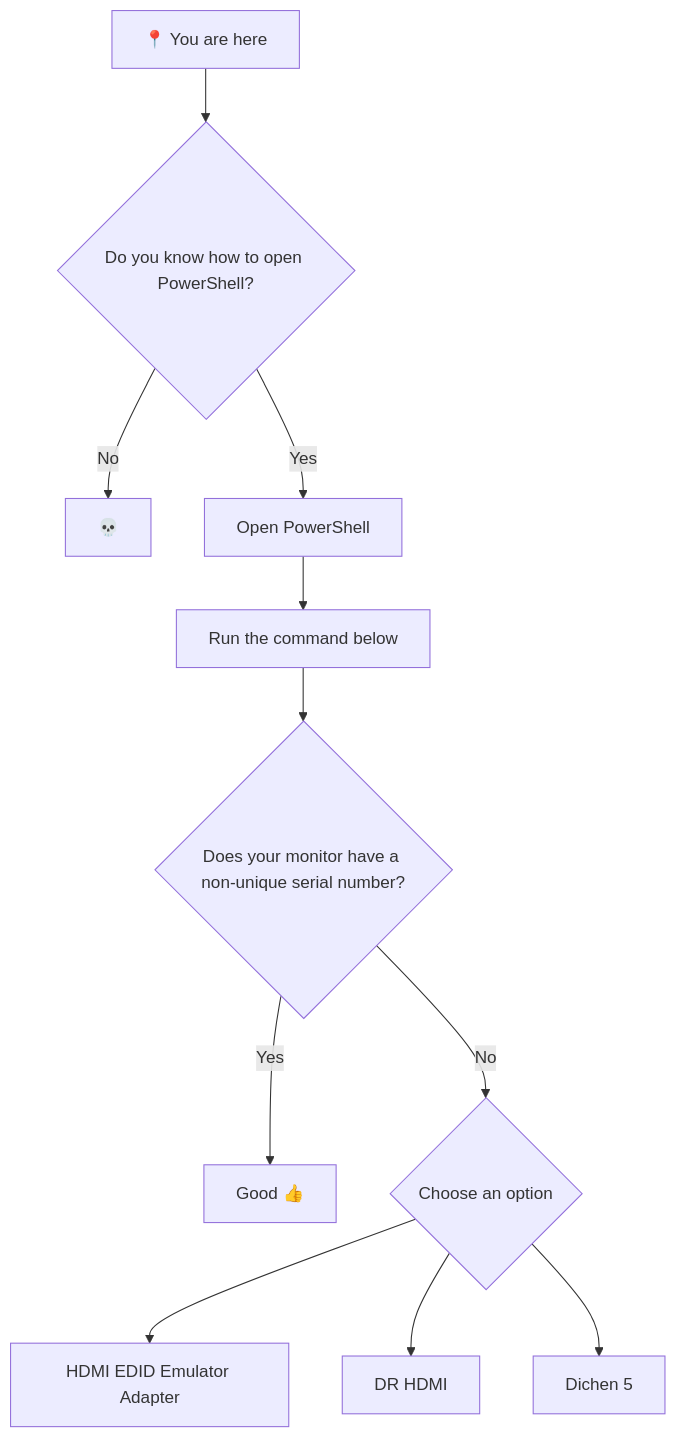
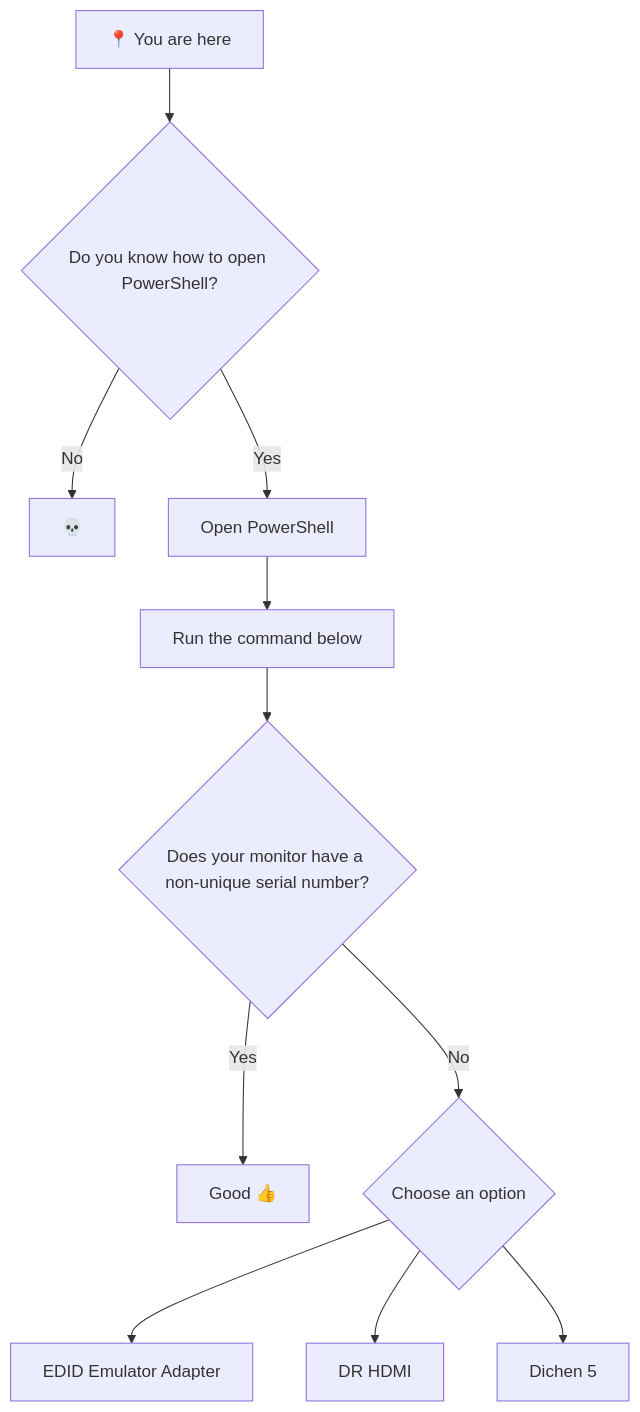
Before and after one commit to GoofyNest/HardwareSpoofing: the seventh of 7 diagrams in introduction/spoof-order.md, drawn with Mermaid. The commit also changed other lines of this file, not shown here.

````diff
--- a/introduction/spoof-order.md
+++ b/introduction/spoof-order.md
@@ -164,22 +190,22 @@
 ```mermaid
 flowchart TD
     A["📍 You are here"] --> B{"Do you know how to open PowerShell?"}
 
     B -->|No| C["💀"]
     B -->|Yes| D["Open PowerShell"]
 
     D --> E["Run the command below"]
 
     E --> F{"Does your monitor have a non-unique serial number?"}
 
     F -->|Yes| G["Good 👍"]
     F -->|No| H{"Choose an option"}
 
-    H --> I["HDMI EDID Emulator Adapter"]
+    H --> I["EDID Emulator Adapter"]
     H --> J["DR HDMI"]
     H --> K["Dichen 5"]
 
     click I "https://goofynest.gitbook.io/spoof/monitor-spoofing/hdmi-edid-emulator-adapter"
     click J "https://goofynest.gitbook.io/spoof/monitor-spoofing/dr-hdmi"
     click K "https://goofynest.gitbook.io/spoof/monitor-spoofing/dichen-5"
 ```
````
